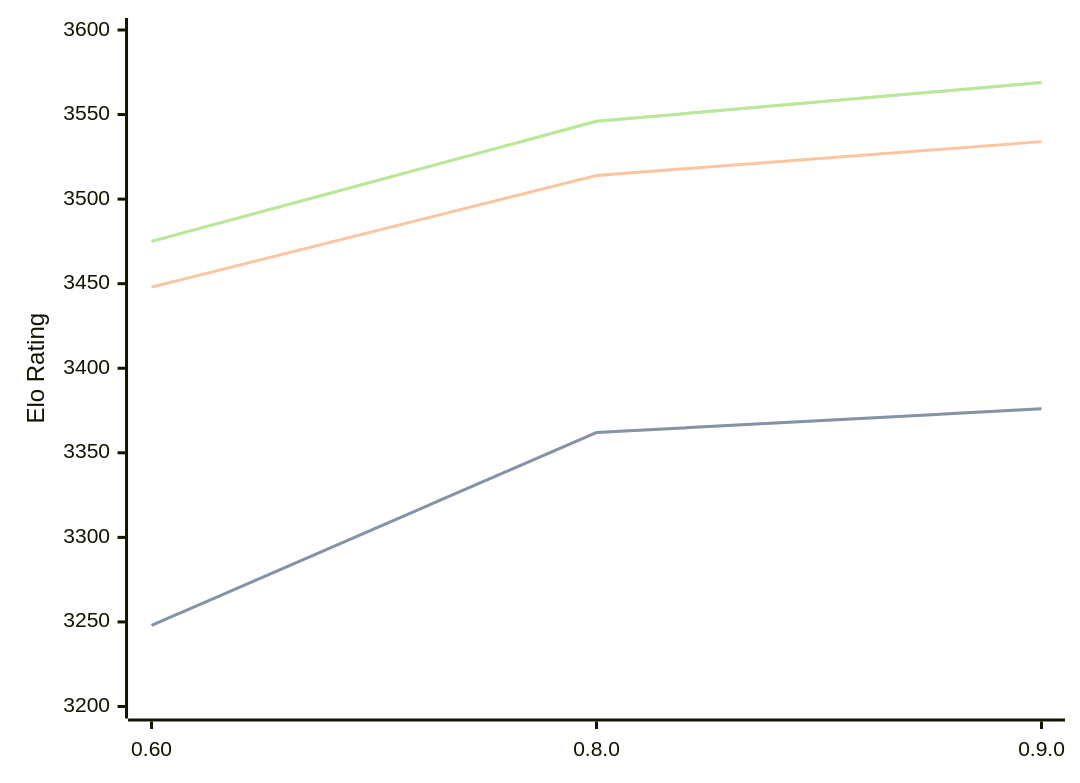
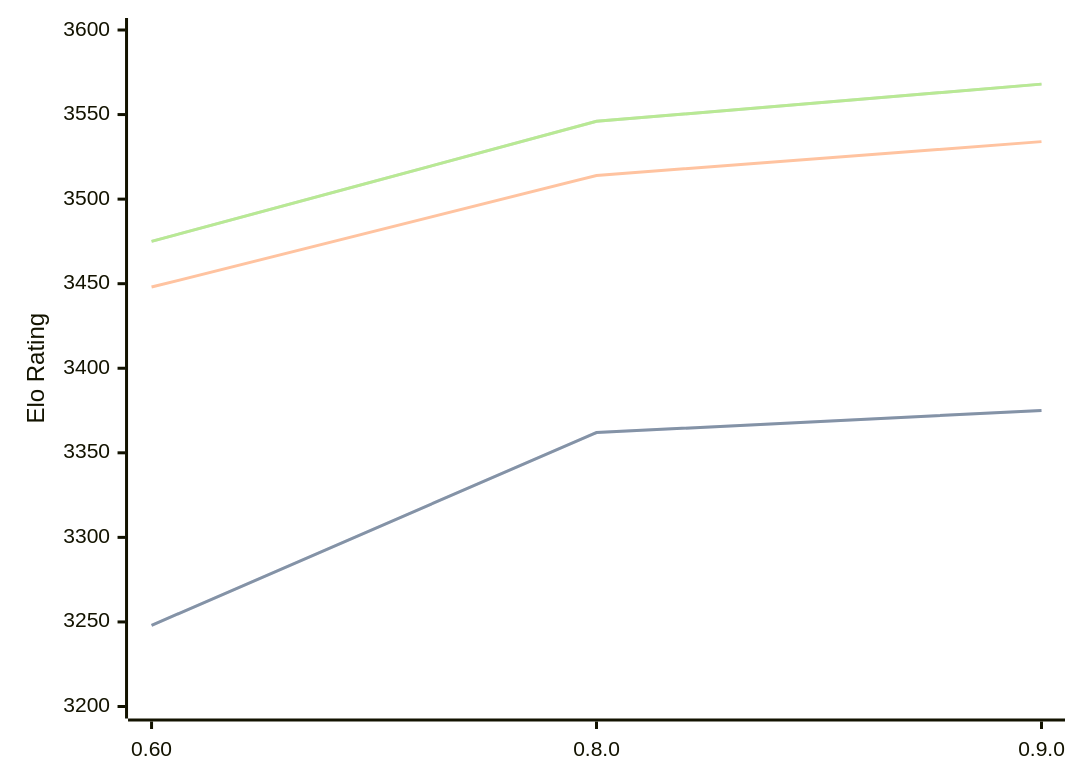
Before and after one commit to computer-chess-index/cci: the diagram in engines/Motor.md, drawn with Mermaid. The commit also changed other lines of this file, not shown here.

Commit message:
Update CCI Ratings (ELO VLTC) - 2026-04-20

````diff
--- a/engines/Motor.md
+++ b/engines/Motor.md
@@ -39,11 +39,11 @@
 ```mermaid
 %%{init: {"theme":"base","themeVariables":{"seriesColors:['#a3a3a3','#222221','#faa371']}}}%%
 xychart-beta
   x-axis ["0.60", "0.8.0", "0.9.0"]
   y-axis "Elo Rating" 3200 --> 3600
-  line "STC (8.0+0.08s)" [3248, 3362, 3376]
-  line "STC (8.0+0.08s)" [3248, 3362, 3376]
+  line "STC (8.0+0.08s)" [3248, 3362, 3375]
+  line "STC (8.0+0.08s)" [3248, 3362, 3375]
   line "LTC (60.0+0.60s)" [3448, 3514, 3534]
-  line "VLTC (2m24s+1.12s)" [3475, 3546, 3569]
-  line "VLTC (2m24s+1.12s)" [3475, 3546, 3569]
+  line "VLTC (2m24s+1.12s)" [3475, 3546, 3568]
+  line "VLTC (2m24s+1.12s)" [3475, 3546, 3568]
 ```
````
